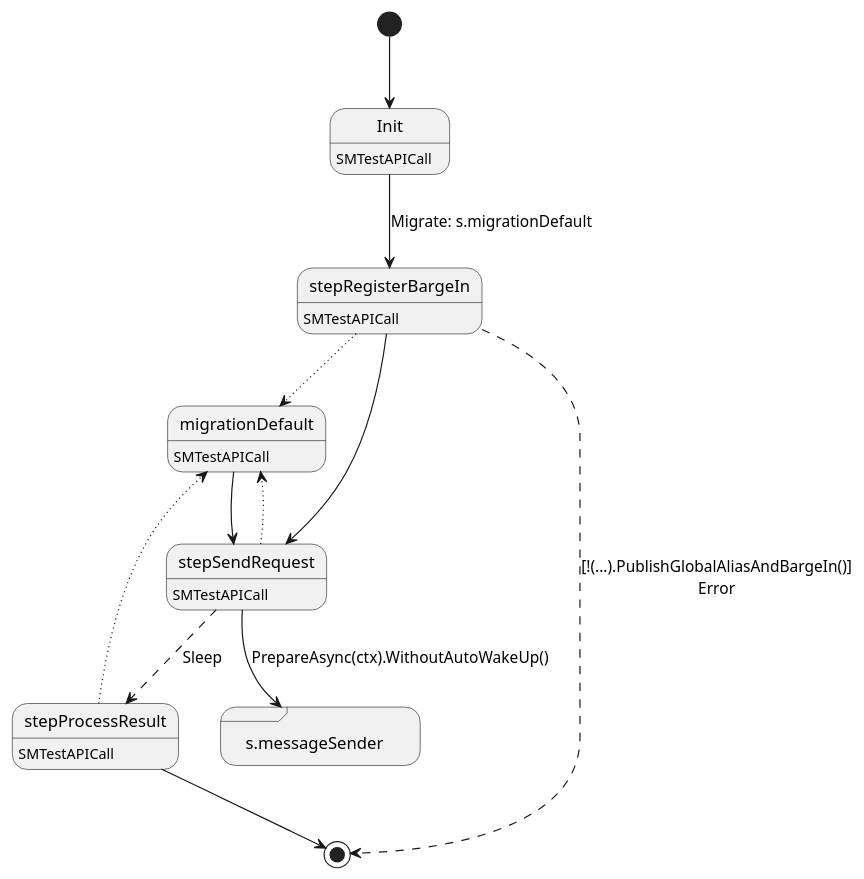
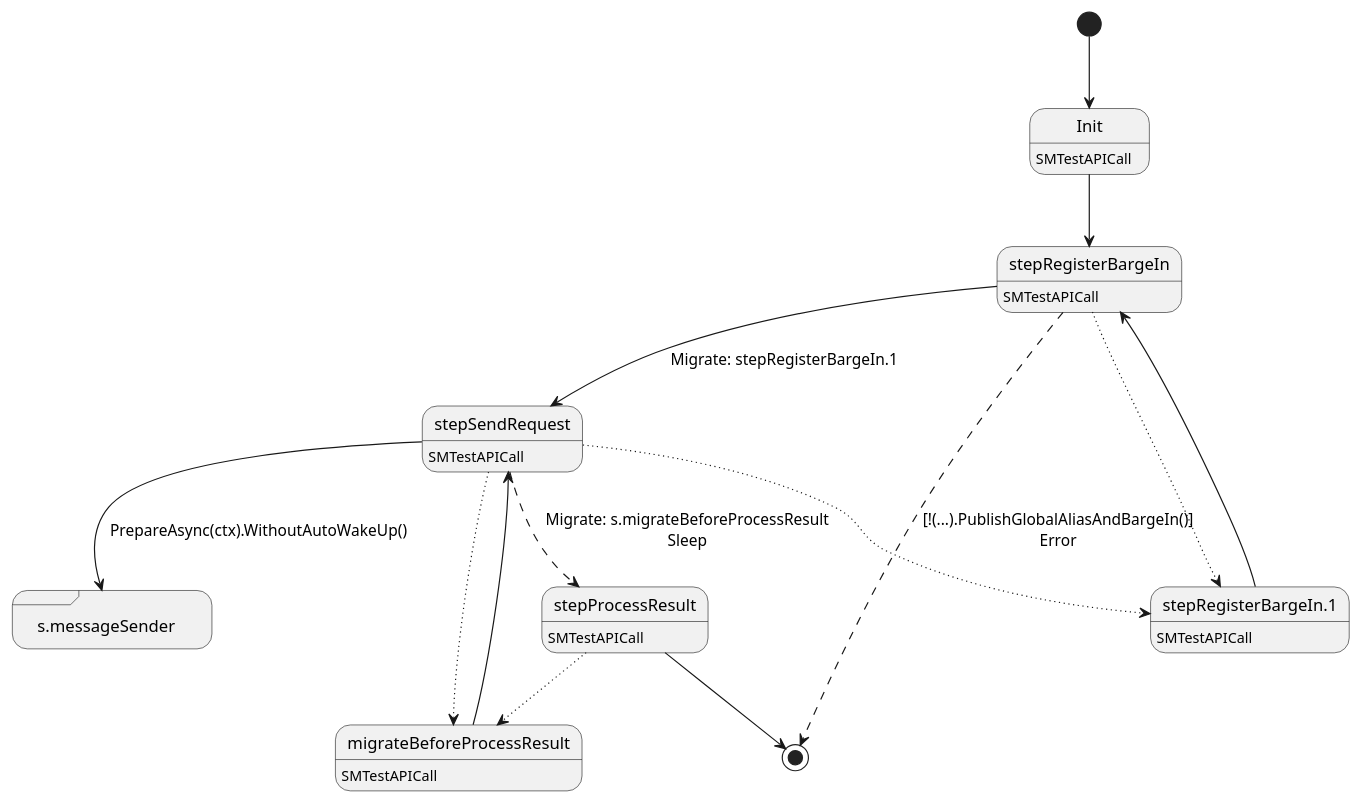
The diagram in ledger-core/application/testwalletapi/statemachine/statemachine.plantuml (insolar/assured-ledger), drawn with PlantUML before and after one commit. The commit also changed 2 other files, not shown here.

Commit message:
PLAT-576: fix race in SMTestAPICall. Add tests (#416)
* PLAT-576: fix race in SMTestAPICall. Add tests

```diff
--- a/ledger-core/application/testwalletapi/statemachine/statemachine.plantuml
+++ b/ledger-core/application/testwalletapi/statemachine/statemachine.plantuml
@@ -1,24 +1,28 @@
 @startuml
-state "Init" as T00_S002
+state "Init" as T00_S001
+T00_S001 : SMTestAPICall
+[*] --> T00_S001
+T00_S001 --> T00_S002
+state "migrateBeforeProcessResult" as T00_S006
+T00_S006 : SMTestAPICall
+T00_S006 --> T00_S004
+state "s.messageSender" as T00_S005 <<sdlreceive>>
+state "stepProcessResult" as T00_S007
+T00_S007 : SMTestAPICall
+T00_S007 --[dotted]> T00_S006
+T00_S007 --> [*]
+state "stepRegisterBargeIn" as T00_S002
 T00_S002 : SMTestAPICall
-[*] --> T00_S002
-T00_S002 --> T00_S003 : Migrate: s.migrationDefault
-state "migrationDefault" as T00_S001
-T00_S001 : SMTestAPICall
-T00_S001 --> T00_S004
-state "s.messageSender" as T00_S005 <<sdlreceive>>
-state "stepProcessResult" as T00_S006
-T00_S006 : SMTestAPICall
-T00_S006 --[dotted]> T00_S001
-T00_S006 --> [*]
-state "stepRegisterBargeIn" as T00_S003
+T00_S002 --[dotted]> T00_S003
+T00_S002 --[dashed]> [*] : [!(...).PublishGlobalAliasAndBargeIn()]\nError
+T00_S002 --> T00_S004 : Migrate: stepRegisterBargeIn.1
+state "stepRegisterBargeIn.1" as T00_S003
 T00_S003 : SMTestAPICall
-T00_S003 --[dotted]> T00_S001
-T00_S003 --[dashed]> [*] : [!(...).PublishGlobalAliasAndBargeIn()]\nError
-T00_S003 --> T00_S004
+T00_S003 --> T00_S002
 state "stepSendRequest" as T00_S004
 T00_S004 : SMTestAPICall
-T00_S004 --[dotted]> T00_S001
+T00_S004 --[dotted]> T00_S006
+T00_S004 --[dotted]> T00_S003
 T00_S004 --> T00_S005 : PrepareAsync(ctx).WithoutAutoWakeUp()
-T00_S004 --[dashed]> T00_S006 : Sleep
+T00_S004 --[dashed]> T00_S007 : Migrate: s.migrateBeforeProcessResult\nSleep
 @enduml
```
